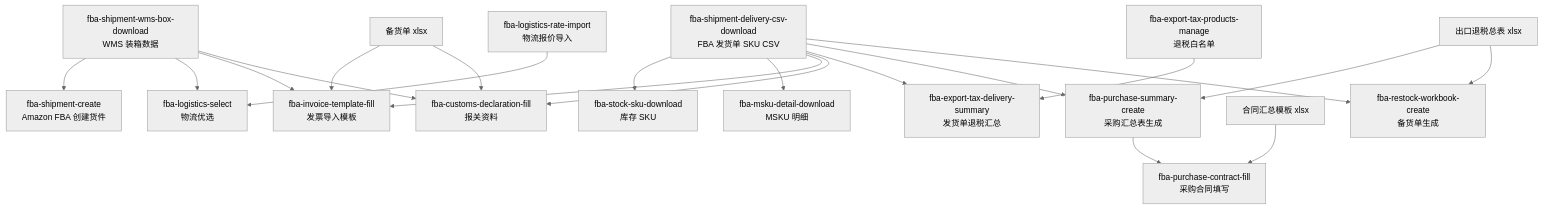
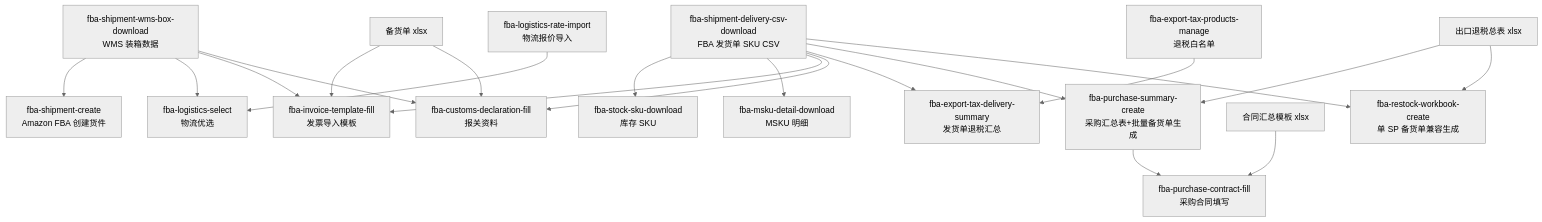
Before and after one commit to LXE123/LXE_AGENT: the diagram in skills/fba-workflow-map/SKILL.md, drawn with Mermaid (neutral theme). The commit also changed other lines of this file and 6 other files, not shown here.

````diff
--- a/skills/fba-workflow-map/SKILL.md
+++ b/skills/fba-workflow-map/SKILL.md
@@ -25,24 +25,24 @@
 ```mermaid
 flowchart TD
   A["fba-shipment-delivery-csv-download<br/>FBA 发货单 SKU CSV"] --> B["fba-stock-sku-download<br/>库存 SKU"]
   A --> C["fba-msku-detail-download<br/>MSKU 明细"]
   A --> D["fba-invoice-template-fill<br/>发票导入模板"]
 
   E["fba-shipment-wms-box-download<br/>WMS 装箱数据"] --> F["fba-shipment-create<br/>Amazon FBA 创建货件"]
   E --> G["fba-logistics-select<br/>物流优选"]
   E --> D
   L["备货单 xlsx"] --> D
   A --> H["fba-customs-declaration-fill<br/>报关资料"]
   E --> H["fba-customs-declaration-fill<br/>报关资料"]
   L["备货单 xlsx"] --> H
 
   A --> I["fba-export-tax-delivery-summary<br/>发货单退税汇总"]
   J["fba-export-tax-products-manage<br/>退税白名单"] --> I
   K["fba-logistics-rate-import<br/>物流报价导入"] --> G
-  A --> M["fba-purchase-summary-create<br/>采购汇总表生成"]
+  A --> M["fba-purchase-summary-create<br/>采购汇总表+批量备货单生成"]
   N["出口退税总表 xlsx"] --> M
   M --> P["fba-purchase-contract-fill<br/>采购合同填写"]
   Q["合同汇总模板 xlsx"] --> P
-  A --> O["fba-restock-workbook-create<br/>备货单生成"]
+  A --> O["fba-restock-workbook-create<br/>单 SP 备货单兼容生成"]
   N --> O
 ```
````
